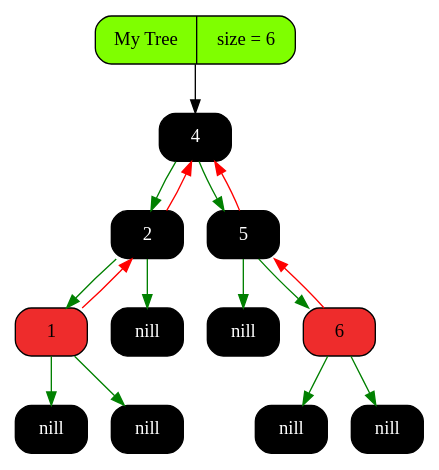
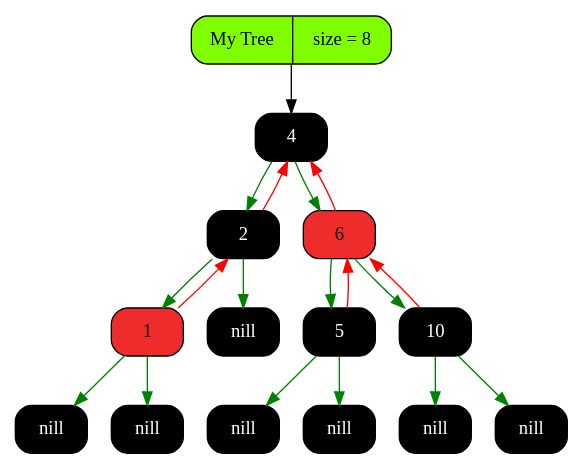
The diagram in graphics/graph.dot (Pelmeshka127/RedBlackTree), drawn with Graphviz before and after one commit. The commit also changed 6 other files, not shown here.

```diff
--- a/graphics/graph.dot
+++ b/graphics/graph.dot
@@ -1,33 +1,38 @@
 digraph Tree
 {
    rankdir = HR;
    node[fontsize=14];
    edge[color="black",fontcolor="blue",fontsize=12];
-   tree[shape = Mrecord, style = filled, fillcolor = "chartreuse1", label = "My Tree | size = 6"];
-   "0x154804080"[shape = Mrecord, style = filled, fontcolor = "white", fillcolor = "black",   label = " <value> 4"];
-  "0x154804080" -> "0x153704080" [color = "green"];
-  "0x153704080" -> "0x154804080" [color = "red"];
-  "0x154804080" -> "0x153606750" [color = "green"];
-  "0x153606750" -> "0x154804080" [color = "red"];
-   "0x153704080"[shape = Mrecord, style = filled, fontcolor = "white", fillcolor = "black",   label = " <value> 2"];
-  "0x153704080" -> "0x154804170" [color = "green"];
-  "0x154804170" -> "0x153704080" [color = "red"];
-   "0x153704080right"[shape = Mrecord, style = filled, fontcolor = "white", fillcolor = "black",   label = " <value> nill"];
-  "0x153704080" -> "0x153704080right" [color = "green"];
-  "0x154804170"[shape = Mrecord, style = filled, fillcolor = "firebrick2",   label = " <value> 1"];
-   "0x154804170left"[shape = Mrecord, style = filled, fontcolor = "white", fillcolor = "black",   label = " <value> nill"];
-  "0x154804170" -> "0x154804170left" [color = "green"];
-   "0x154804170right"[shape = Mrecord, style = filled, fontcolor = "white", fillcolor = "black",   label = " <value> nill"];
-  "0x154804170" -> "0x154804170right" [color = "green"];
-   "0x153606750"[shape = Mrecord, style = filled, fontcolor = "white", fillcolor = "black",   label = " <value> 5"];
-   "0x153606750left"[shape = Mrecord, style = filled, fontcolor = "white", fillcolor = "black",   label = " <value> nill"];
-  "0x153606750" -> "0x153606750left" [color = "green"];
-  "0x153606750" -> "0x153606840" [color = "green"];
-  "0x153606840" -> "0x153606750" [color = "red"];
-  "0x153606840"[shape = Mrecord, style = filled, fillcolor = "firebrick2",   label = " <value> 6"];
-   "0x153606840left"[shape = Mrecord, style = filled, fontcolor = "white", fillcolor = "black",   label = " <value> nill"];
-  "0x153606840" -> "0x153606840left" [color = "green"];
-   "0x153606840right"[shape = Mrecord, style = filled, fontcolor = "white", fillcolor = "black",   label = " <value> nill"];
-  "0x153606840" -> "0x153606840right" [color = "green"];
-   tree -> "0x154804080" [color = "gray0"];
+   tree[shape = Mrecord, style = filled, fillcolor = "chartreuse1", label = "My Tree | size = 8"];
+   "0x13a004080"[shape = Mrecord, style = filled, fontcolor = "white", fillcolor = "black",   label = " <value> 4"];
+  "0x13a004080" -> "0x138f04080" [color = "green"];
+  "0x138f04080" -> "0x13a004080" [color = "red"];
+  "0x13a004080" -> "0x138f04170" [color = "green"];
+  "0x138f04170" -> "0x13a004080" [color = "red"];
+   "0x138f04080"[shape = Mrecord, style = filled, fontcolor = "white", fillcolor = "black",   label = " <value> 2"];
+  "0x138f04080" -> "0x13a004170" [color = "green"];
+  "0x13a004170" -> "0x138f04080" [color = "red"];
+   "0x138f04080right"[shape = Mrecord, style = filled, fontcolor = "white", fillcolor = "black",   label = " <value> nill"];
+  "0x138f04080" -> "0x138f04080right" [color = "green"];
+  "0x13a004170"[shape = Mrecord, style = filled, fillcolor = "firebrick2",   label = " <value> 1"];
+   "0x13a004170left"[shape = Mrecord, style = filled, fontcolor = "white", fillcolor = "black",   label = " <value> nill"];
+  "0x13a004170" -> "0x13a004170left" [color = "green"];
+   "0x13a004170right"[shape = Mrecord, style = filled, fontcolor = "white", fillcolor = "black",   label = " <value> nill"];
+  "0x13a004170" -> "0x13a004170right" [color = "green"];
+  "0x138f04170"[shape = Mrecord, style = filled, fillcolor = "firebrick2",   label = " <value> 6"];
+  "0x138f04170" -> "0x138e06750" [color = "green"];
+  "0x138e06750" -> "0x138f04170" [color = "red"];
+  "0x138f04170" -> "0x13a104170" [color = "green"];
+  "0x13a104170" -> "0x138f04170" [color = "red"];
+   "0x138e06750"[shape = Mrecord, style = filled, fontcolor = "white", fillcolor = "black",   label = " <value> 5"];
+   "0x138e06750left"[shape = Mrecord, style = filled, fontcolor = "white", fillcolor = "black",   label = " <value> nill"];
+  "0x138e06750" -> "0x138e06750left" [color = "green"];
+   "0x138e06750right"[shape = Mrecord, style = filled, fontcolor = "white", fillcolor = "black",   label = " <value> nill"];
+  "0x138e06750" -> "0x138e06750right" [color = "green"];
+   "0x13a104170"[shape = Mrecord, style = filled, fontcolor = "white", fillcolor = "black",   label = " <value> 10"];
+   "0x13a104170left"[shape = Mrecord, style = filled, fontcolor = "white", fillcolor = "black",   label = " <value> nill"];
+  "0x13a104170" -> "0x13a104170left" [color = "green"];
+   "0x13a104170right"[shape = Mrecord, style = filled, fontcolor = "white", fillcolor = "black",   label = " <value> nill"];
+  "0x13a104170" -> "0x13a104170right" [color = "green"];
+   tree -> "0x13a004080" [color = "gray0"];
 }
```
